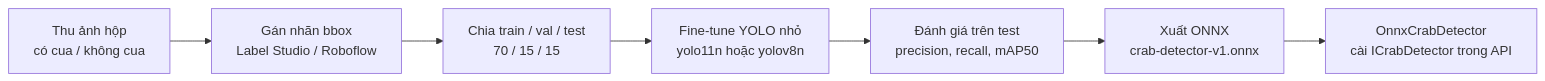
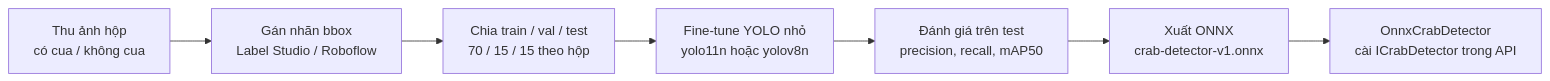
Before and after one commit to thienhoibai/crabshare: the diagram in ml/README.md, drawn with Mermaid. The commit also changed other lines of this file and 18 other files, not shown here.

````diff
--- a/ml/README.md
+++ b/ml/README.md
@@ -11,9 +13,9 @@
 ```mermaid
 flowchart LR
     A[Thu ảnh hộp<br/>có cua / không cua] --> B[Gán nhãn bbox<br/>Label Studio / Roboflow]
-    B --> C[Chia train / val / test<br/>70 / 15 / 15]
+    B --> C[Chia train / val / test<br/>70 / 15 / 15 theo hộp]
     C --> D[Fine-tune YOLO nhỏ<br/>yolo11n hoặc yolov8n]
     D --> E[Đánh giá trên test<br/>precision, recall, mAP50]
     E --> F[Xuất ONNX<br/>crab-detector-v1.onnx]
     F --> G[OnnxCrabDetector<br/>cài ICrabDetector trong API]
 ```
````
